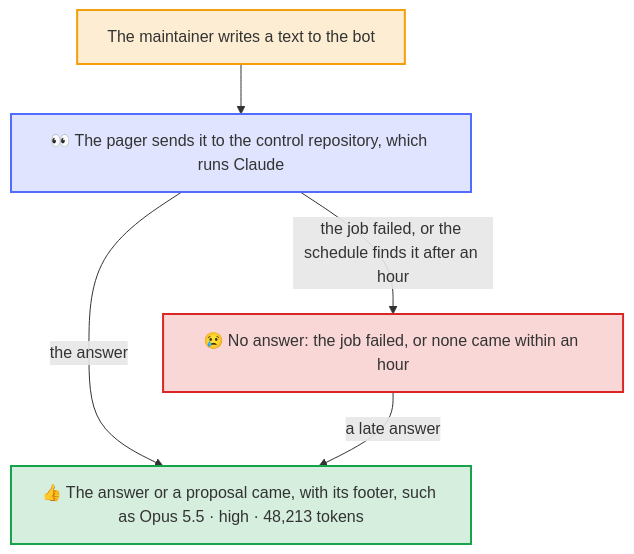
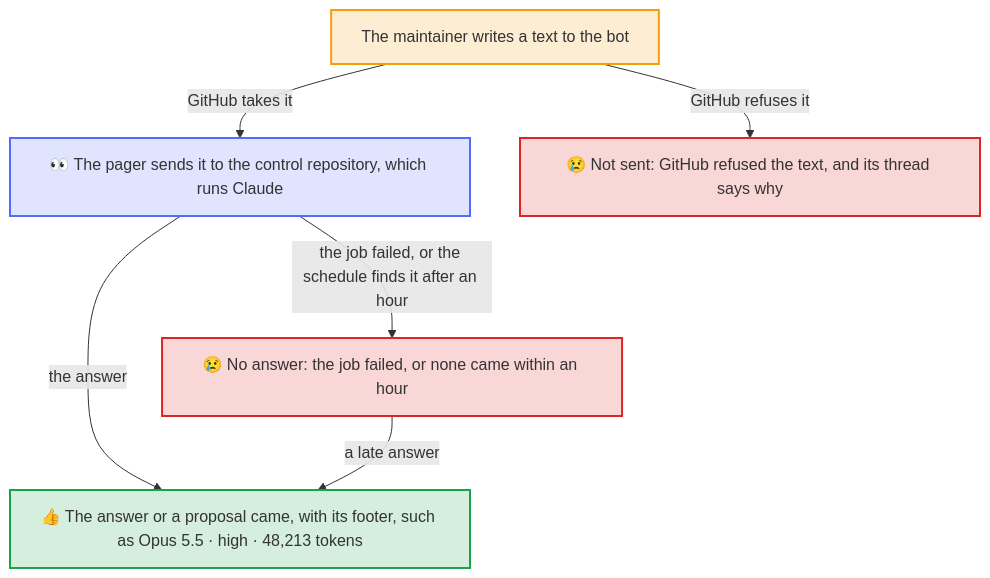
One commit to Dennis-Otto/dennis-otto-pager changed the diagram in docs/diagrams/the-reaction-on-a-text.mmd. Above: the diagram before and after it, drawn with Mermaid. The commit also changed 8 other files, not shown here.

First line of the commit message:
docs: the picture of the reaction on a text shows a text that GitHub refuses (#192)

```diff
--- a/docs/diagrams/the-reaction-on-a-text.mmd
+++ b/docs/diagrams/the-reaction-on-a-text.mmd
@@ -1,27 +1,29 @@
 ---
 config:
   flowchart:
     wrappingWidth: 400
 ---
 flowchart TB
     accTitle: The reaction on a text
-    accDescr: The maintainer writes a text to the bot, and the pager sends it to the control repository and reacts with 👀. When the answer or a proposal comes, the 👀 becomes 👍. When the job fails, it becomes 😢, and so does it when no answer came within an hour, which the schedule finds every 15 minutes. An answer that comes after that still turns it into 👍.
+    accDescr: The maintainer writes a text to the bot, and the pager sends it to the control repository and reacts with 👀. When GitHub refuses the text, it gets 😢 at once instead, and its thread says why. When the answer or a proposal comes, the 👀 becomes 👍. When the job fails, it becomes 😢, and so does it when no answer came within an hour, which the schedule finds every 15 minutes. An answer that comes after that still turns it into 👍.
 
     dennis["The maintainer writes a text to the bot"]
     taken["`**👀** The pager sends it to the control repository, which runs Claude`"]
     answered["`**👍** The answer or a proposal came, with its footer, such as Opus 5.5 · high · 48,213 tokens`"]
+    refused["`**😢** Not sent: GitHub refused the text, and its thread says why`"]
     failed["`**😢** No answer: the job failed, or none came within an hour`"]
 
-    dennis --> taken
+    dennis -- "GitHub takes it" --> taken
+    dennis -- "GitHub refuses it" --> refused
     taken -- "the answer" --> answered
     taken -- "the job failed, or the schedule finds it after an hour" --> failed
     failed -- "a late answer" --> answered
 
     classDef you fill:#f59e0b2e,stroke:#f59e0b,stroke-width:2px
     classDef bot fill:#526cfe2e,stroke:#526cfe,stroke-width:2px
     classDef done fill:#16a34a2e,stroke:#16a34a,stroke-width:2px
     classDef warn fill:#dc26262e,stroke:#dc2626,stroke-width:2px
     class dennis you
     class taken bot
     class answered done
-    class failed warn
+    class failed,refused warn
```
